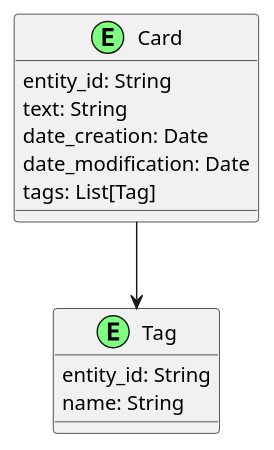
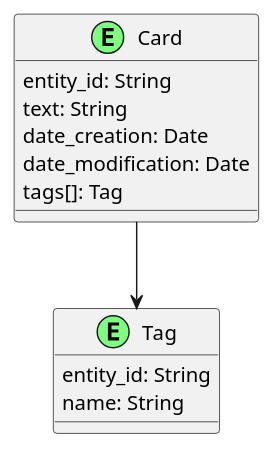
One commit to DandaraF/desafio-globo-backend changed the diagram in docs/diagrama.puml. Above: the diagram before and after it, drawn with PlantUML. The commit also changed 13 other files, not shown here.

```diff
--- a/docs/diagrama.puml
+++ b/docs/diagrama.puml
@@ -1,17 +1,17 @@
 @startuml
 
 class Card << (E,#7fff7f) >> {
     entity_id: String
     text: String
     date_creation: Date
     date_modification: Date
-    tags: List[Tag]
+    tags[]: Tag
 }
 
 class Tag << (E,#7fff7f) >>{
     entity_id: String
     name: String
 }
 
 Card --> Tag
 @enduml
```
